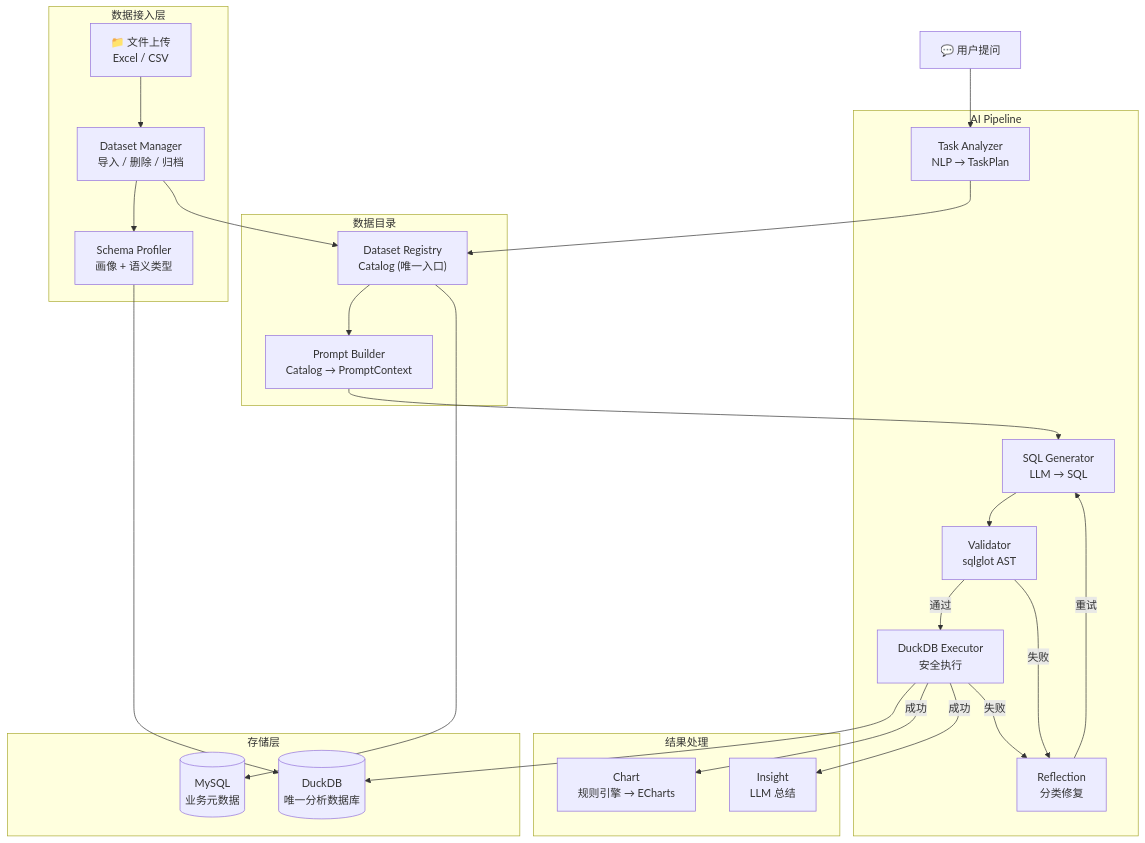
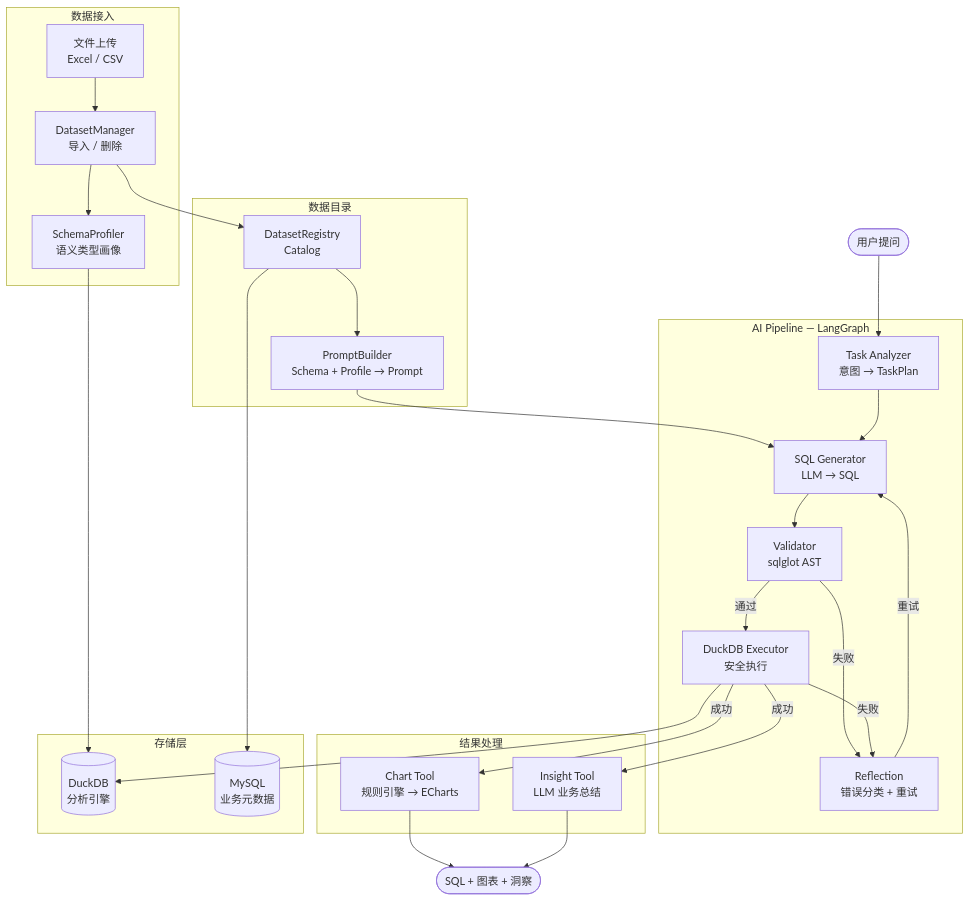
The diagram in README.md (yaox2689-max/t2sAnalysis), drawn with Mermaid before and after one commit. The commit also changed other lines of this file, not shown here.

Commit message:
fix: 整理README架构图 + 去除Demo数据 + 优化图表阈值

````diff
--- a/README.md
+++ b/README.md
@@ -7,51 +7,50 @@
 ```mermaid
-flowchart TB
-    User["💬 用户提问"]
-    User --> TaskAnalyzer
+flowchart TD
+    User([用户提问])
 
-    subgraph Ingestion["数据接入层"]
-        Upload["📁 文件上传<br/>Excel / CSV"]
-        DatasetManager["Dataset Manager<br/>导入 / 删除 / 归档"]
-        Profiler["Schema Profiler<br/>画像 + 语义类型"]
+    subgraph Ingest[数据接入]
+        Upload[文件上传<br/>Excel / CSV] --> Mgr[DatasetManager<br/>导入 / 删除]
+        Mgr --> Profile[SchemaProfiler<br/>语义类型画像]
     end
 
-    subgraph Catalog["数据目录"]
-        Registry["Dataset Registry<br/>Catalog (唯一入口)"]
-        PromptBuilder["Prompt Builder<br/>Catalog → PromptContext"]
+    subgraph Cat[数据目录]
+        Reg[DatasetRegistry<br/>Catalog]
+        PB[PromptBuilder<br/>Schema + Profile → Prompt]
     end
 
-    subgraph Agent["AI Pipeline"]
-        TaskAnalyzer["Task Analyzer<br/>NLP → TaskPlan"]
-        SQLGenerator["SQL Generator<br/>LLM → SQL"]
-        Validator["Validator<br/>sqlglot AST"]
-        Executor["DuckDB Executor<br/>安全执行"]
-        Reflection["Reflection<br/>分类修复"]
+    subgraph Pipeline[AI Pipeline — LangGraph]
+        TA[Task Analyzer<br/>意图 → TaskPlan]
+        GEN[SQL Generator<br/>LLM → SQL]
+        VAL[Validator<br/>sqlglot AST]
+        EXE[DuckDB Executor<br/>安全执行]
+        REF[Reflection<br/>错误分类 + 重试]
     end
 
-    subgraph Tools["结果处理"]
-        Chart["Chart<br/>规则引擎 → ECharts"]
-        Insight["Insight<br/>LLM 总结"]
+    subgraph Output[结果处理]
+        CHART[Chart Tool<br/>规则引擎 → ECharts]
+        INSIGHT[Insight Tool<br/>LLM 业务总结]
     end
 
-    subgraph Storage["存储层"]
-        DuckDB[("DuckDB<br/>唯一分析数据库")]
-        MySQL[("MySQL<br/>业务元数据")]
+    subgraph Store[存储层]
+        DDB[(DuckDB<br/>分析引擎)]
+        MySQL[(MySQL<br/>业务元数据)]
     end
 
-    Upload --> DatasetManager
-    DatasetManager --> Profiler
-    Profiler --> DuckDB
-    DatasetManager --> Registry
-    Registry --> PromptBuilder
-    PromptBuilder --> SQLGenerator
-    TaskAnalyzer --> Registry
-    SQLGenerator --> Validator
-    Validator -->|通过| Executor
-    Validator -->|失败| Reflection
-    Executor --> DuckDB
-    Executor -->|成功| Chart
-    Executor -->|成功| Insight
-    Executor -->|失败| Reflection
-    Reflection -->|重试| SQLGenerator
-    Registry --> MySQL
+    User --> TA
+    Profile --> DDB
+    Mgr --> Reg
+    Reg --> PB
+    PB --> GEN
+    TA --> GEN
+    GEN --> VAL
+    VAL -->|通过| EXE
+    VAL -->|失败| REF
+    EXE --> DDB
+    EXE -->|成功| CHART
+    EXE -->|成功| INSIGHT
+    EXE -->|失败| REF
+    REF -->|重试| GEN
+    Reg --> MySQL
+    CHART --> Response([SQL + 图表 + 洞察])
+    INSIGHT --> Response
 ```
````
